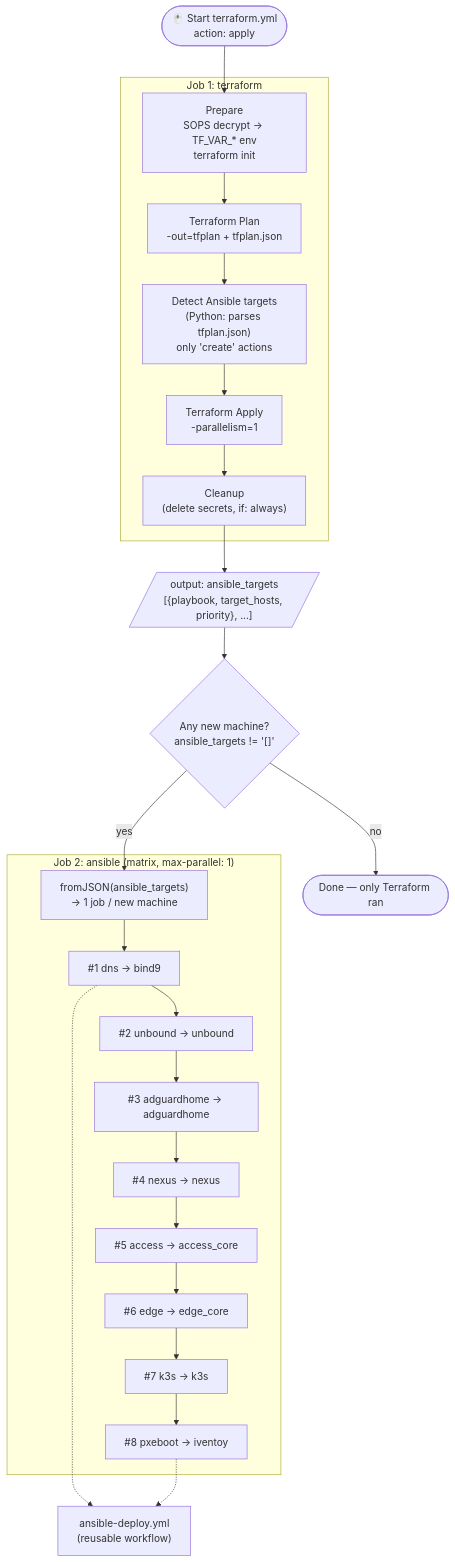
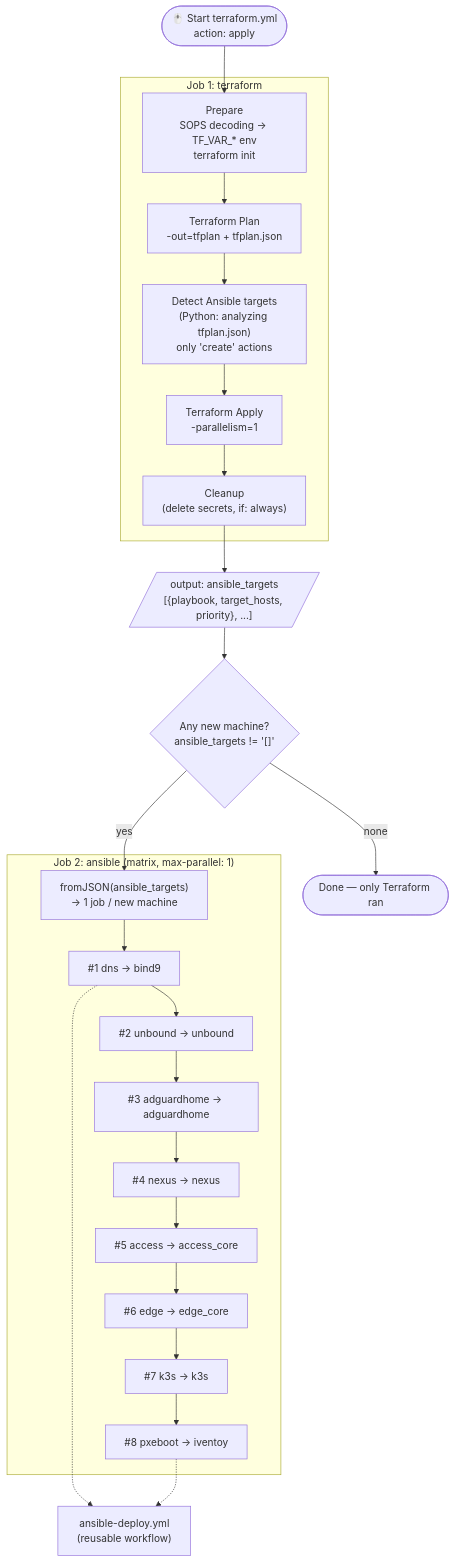
Before and after one commit to torokrolf/homelab: the second of 6 diagrams in 13-Infrastructure_as_Code_(IaC)/README.md, drawn with Mermaid. The commit also changed other lines of this file, not shown here.

````diff
--- a/13-Infrastructure_as_Code_(IaC)/README.md
+++ b/13-Infrastructure_as_Code_(IaC)/README.md
@@ -296,33 +296,33 @@
 ```mermaid
 flowchart TD
     START(["🖱️ Start terraform.yml<br/>action: apply"]) --> PREP
 
     subgraph TFJOB["Job 1: terraform"]
-        PREP["Prepare<br/>SOPS decrypt → TF_VAR_* env<br/>terraform init"]
+        PREP["Prepare<br/>SOPS decoding → TF_VAR_* env<br/>terraform init"]
         PLAN["Terraform Plan<br/>-out=tfplan + tfplan.json"]
-        DETECT["Detect Ansible targets<br/>(Python: parses tfplan.json)<br/>only 'create' actions"]
+        DETECT["Detect Ansible targets<br/>(Python: analyzing tfplan.json)<br/>only 'create' actions"]
         APPLY["Terraform Apply<br/>-parallelism=1"]
         CLEAN["Cleanup<br/>(delete secrets, if: always)"]
         PREP --> PLAN --> DETECT --> APPLY --> CLEAN
     end
 
     CLEAN --> OUT[/"output: ansible_targets<br/>[{playbook, target_hosts, priority}, ...]"/]
     OUT --> COND{"Any new machine?<br/>ansible_targets != '[]'"}
-    COND -- "no" --> END1(["Done — only Terraform ran"])
+    COND -- "none" --> END1(["Done — only Terraform ran"])
     COND -- "yes" --> MATRIX
 
     subgraph ANSJOB["Job 2: ansible (matrix, max-parallel: 1)"]
         MATRIX["fromJSON(ansible_targets)<br/>→ 1 job / new machine"]
         MATRIX --> J1["#1 dns → bind9"]
         J1 --> J2["#2 unbound → unbound"]
         J2 --> J3["#3 adguardhome → adguardhome"]
         J3 --> J4["#4 nexus → nexus"]
         J4 --> J5["#5 access → access_core"]
         J5 --> J6["#6 edge → edge_core"]
         J6 --> J7["#7 k3s → k3s"]
         J7 --> J8["#8 pxeboot → iventoy"]
     end
 
     J1 -.-> RW["ansible-deploy.yml<br/>(reusable workflow)"]
     J8 -.-> RW
 ```
````
